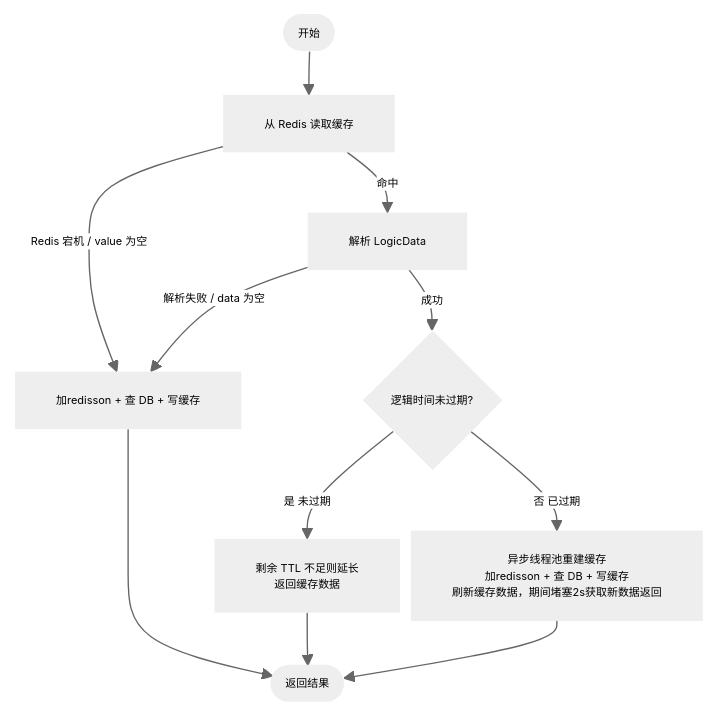
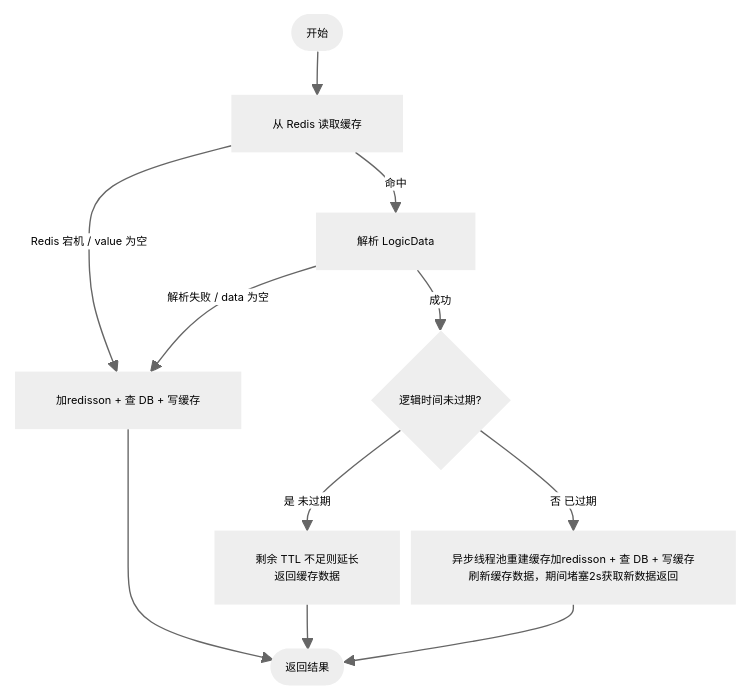
Before and after one commit to 1reaikeyi/flowerpayment-ai: the first of 6 diagrams in README.md, drawn with Mermaid. The commit also changed other lines of this file and 16 other files, not shown here.

Commit message:
admin/flowerdetail完成，使用rsdis缓存+mysql协作

````diff
--- a/README.md
+++ b/README.md
@@ -183,14 +183,14 @@
 ```mermaid
 %%{init: {'theme':'neutral','themeVariables':{'fontSize':'8px','nodeBorder':'2px'},'flowchart':{'nodeSpacing':8,'rankSpacing':32,'useMaxWidth':false,'curve':'basis'}}}%%
 flowchart TD
     S([开始]) --> A[从 Redis 读取缓存]
     A -->|Redis 宕机 / value 为空| B[加redisson + 查 DB + 写缓存]
     A -->|命中| C[解析 LogicData]
     C -->|解析失败 / data 为空| B
     C -->|成功| D{逻辑时间未过期?}
     D -->|是 未过期| E[剩余 TTL 不足则延长<br/>返回缓存数据]
-    D -->|否 已过期| F[异步线程池重建缓存<br/>加redisson + 查 DB + 写缓存<br/>刷新缓存数据，期间堵塞2s获取新数据返回]
+    D -->|否 已过期| F["异步线程池重建缓存加redisson + 查 DB + 写缓存<br>刷新缓存数据，期间堵塞2s获取新数据返回"]
     B --> R([返回结果])
     E --> R
     F --> R
 ```
````
